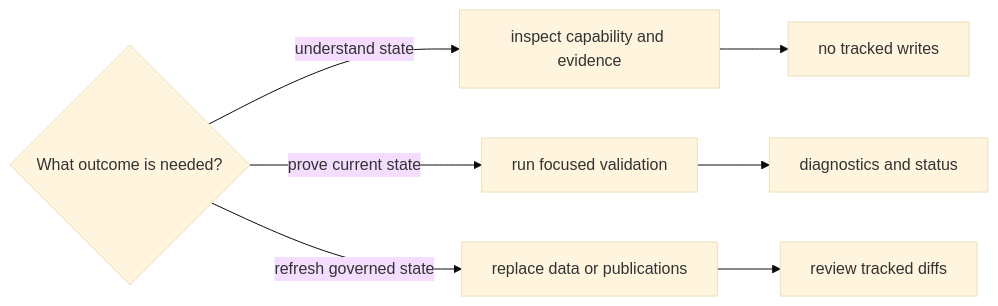
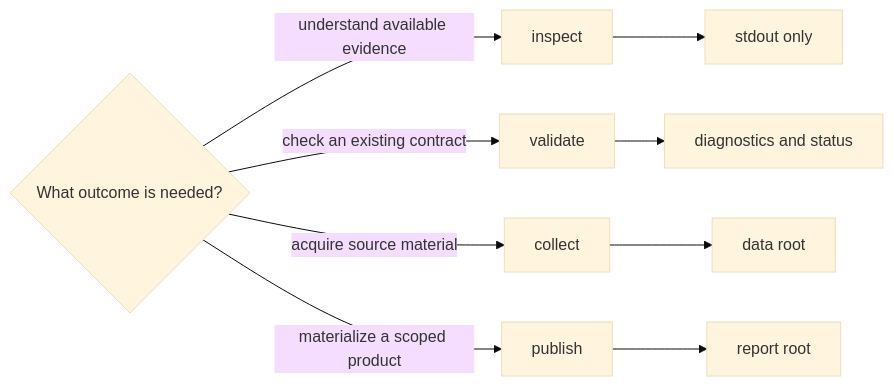
Before and after one commit to bijux/bijux-pollenomics: the diagram in docs/public/pollenomics/operations/index.md, drawn with Mermaid (base theme). The commit also changed other lines of this file and 3 other files, not shown here.

````diff
--- a/docs/public/pollenomics/operations/index.md
+++ b/docs/public/pollenomics/operations/index.md
@@ -16,10 +16,12 @@
 ```mermaid
 flowchart LR
     Need{"What outcome is needed?"}
-    Need -->|understand state| Inspect["inspect capability and evidence"]
-    Need -->|prove current state| Validate["run focused validation"]
-    Need -->|refresh governed state| Rebuild["replace data or publications"]
-    Inspect --> NoWrite["no tracked writes"]
+    Need -->|understand available evidence| Inspect["inspect"]
+    Need -->|check an existing contract| Validate["validate"]
+    Need -->|acquire source material| Collect["collect"]
+    Need -->|materialize a scoped product| Publish["publish"]
+    Inspect --> NoWrite["stdout only"]
     Validate --> Diagnostics["diagnostics and status"]
-    Rebuild --> Diff["review tracked diffs"]
+    Collect --> Data["data root"]
+    Publish --> Reports["report root"]
 ```
````
